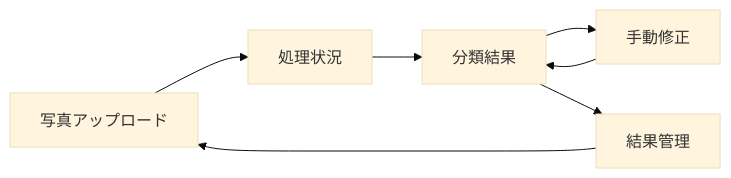
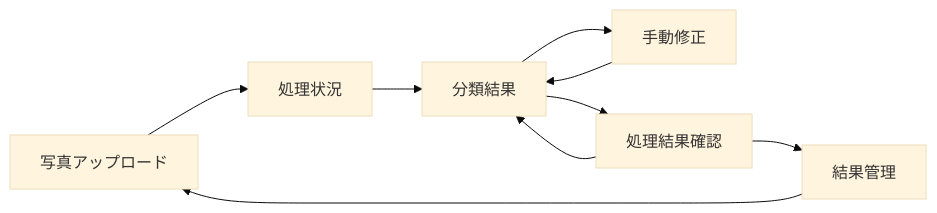
The diagram in pj-docs/04_external-design/external-design.md (kiwamu961/20260827), drawn with Mermaid (base theme) before and after one commit. The commit also changed other lines of this file and 3 other files, not shown here.

````diff
--- a/pj-docs/04_external-design/external-design.md
+++ b/pj-docs/04_external-design/external-design.md
@@ -36,9 +37,11 @@
 ```mermaid
 flowchart LR
     SC01[写真アップロード] --> SC02[処理状況]
     SC02 --> SC03[分類結果]
     SC03 --> SC04[手動修正]
     SC04 --> SC03
-    SC03 --> SC05[結果管理]
+  SC03 --> SC06[処理結果確認]
+  SC06 --> SC03
+  SC06 --> SC05[結果管理]
     SC05 --> SC01
 ```
````
